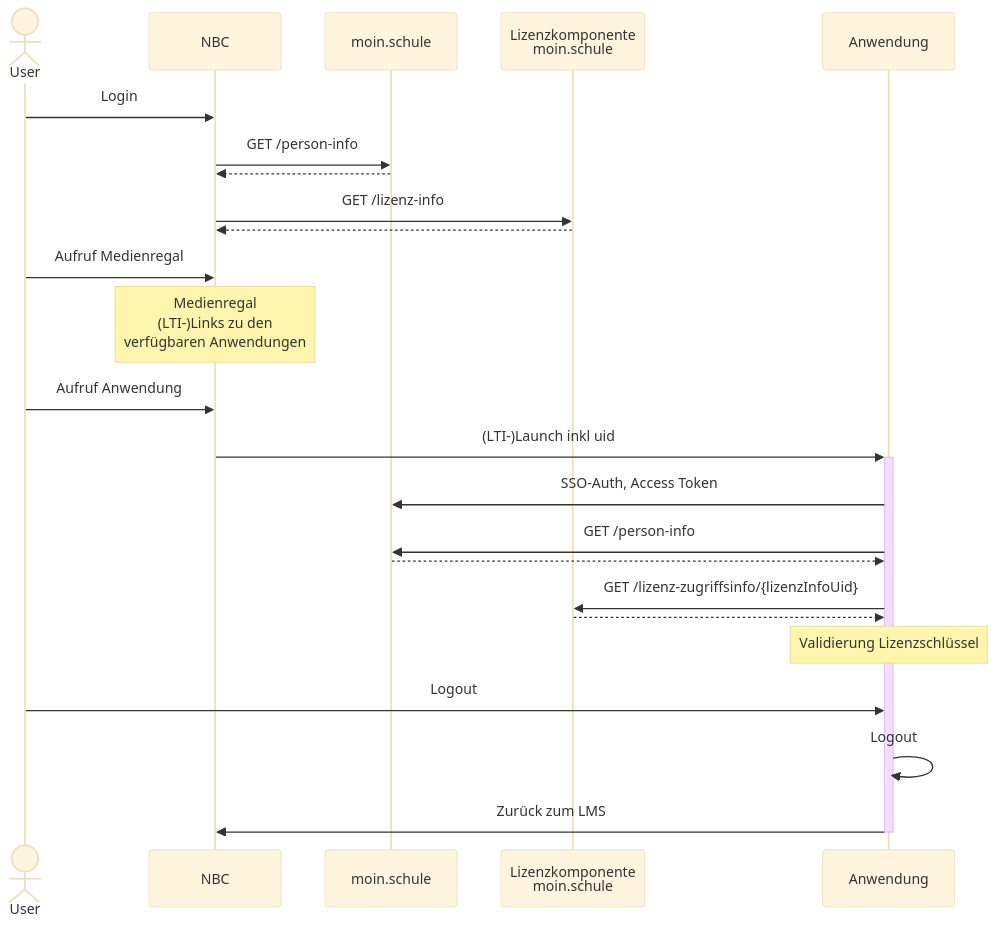
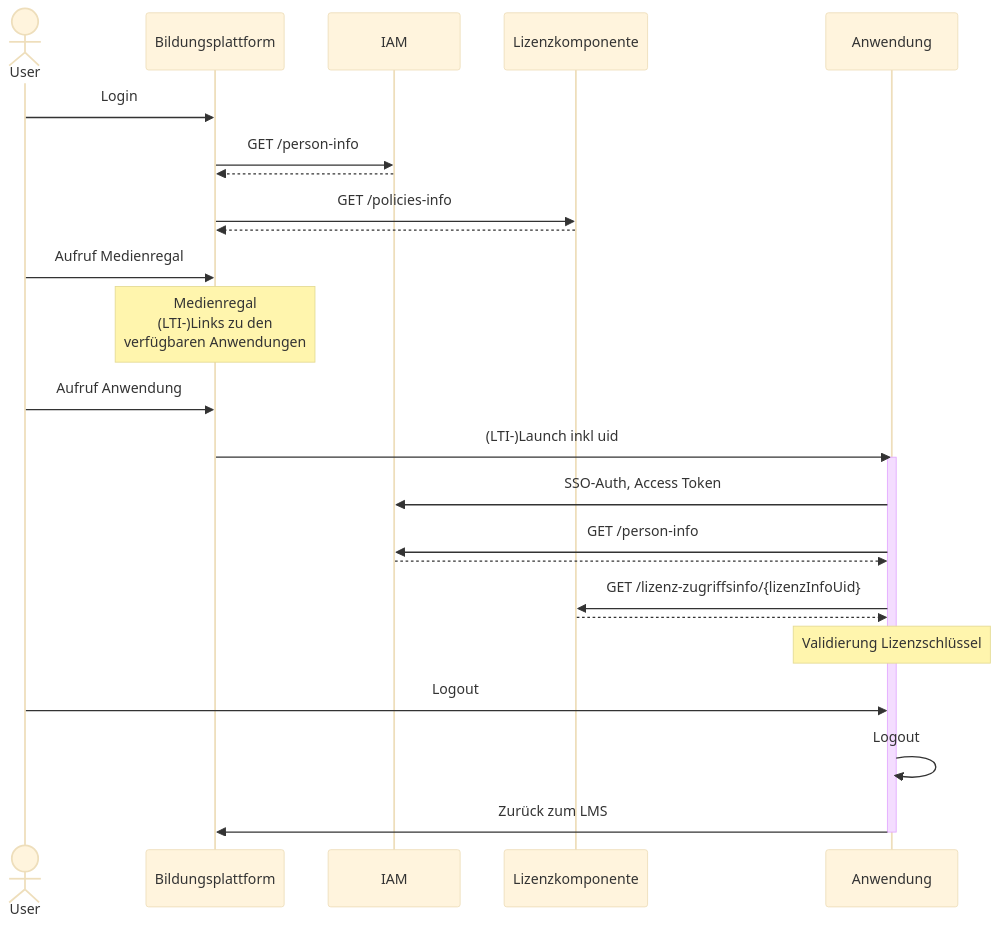
The diagram in static/diagrams/sequenceDiagrams/access-control.sequence.mmd (Schulconnex/Schulconnex), drawn with Mermaid (base theme) before and after one commit. The commit also changed 2 other files, not shown here.

Commit message:
Adjustment: Remove redundancy & adjustment of sequence

```diff
--- a/static/diagrams/sequenceDiagrams/access-control.sequence.mmd
+++ b/static/diagrams/sequenceDiagrams/access-control.sequence.mmd
@@ -1,24 +1,27 @@
 sequenceDiagram
-    actor X as User
-    participant LMS as NBC
-    participant IDM as moin.schule
-    participant LV as Lizenzkomponente<br/>moin.schule
-    participant Target as Anwendung
-    X->>LMS: Login
-    LMS->>IDM: GET /person-info
-    IDM-->>LMS: 
-    LMS->>LV: GET /lizenz-info
-    LV-->>LMS: 
-    X->>LMS: Aufruf Medienregal
-    Note over LMS: Medienregal<br/>(LTI-)Links zu den<br/>verfügbaren Anwendungen
-    X->>LMS: Aufruf Anwendung
-    LMS->>+Target: (LTI-)Launch inkl uid
-    Target->>IDM: SSO-Auth, Access Token
-    Target->>IDM: GET /person-info
-    IDM-->>Target: 
-    Target->>LV: GET /lizenz-zugriffsinfo/{lizenzInfoUid}
-    LV-->>Target: 
-    Note over Target: Validierung Lizenzschlüssel
-    X->>Target: Logout
-    Target->>Target: Logout
-    Target->>-LMS: Zurück zum LMS
+    actor User
+    participant BP as Bildungsplattform
+    participant LS as IAM
+    participant LK as Lizenzkomponente
+    participant A as Anwendung
+
+    User->>BP: Login
+    BP->>LS: GET /person-info
+    LS-->>BP: 
+    BP->>LK: GET /policies-info
+    LK-->>BP: 
+    User->>BP: Aufruf Medienregal
+    Note over BP: Medienregal<br/>(LTI-)Links zu den<br/>verfügbaren Anwendungen
+    User->>BP: Aufruf Anwendung
+    BP->>A: (LTI-)Launch inkl uid
+    activate A
+    A->>LS: SSO-Auth, Access Token
+    A->>LS: GET /person-info
+    LS-->>A: 
+    A->>LK: GET /lizenz-zugriffsinfo/{lizenzInfoUid}
+    LK-->>A: 
+    Note over A: Validierung Lizenzschlüssel
+    User->>A: Logout
+    A->>A: Logout
+    A->>BP: Zurück zum LMS
+    deactivate A 
```
